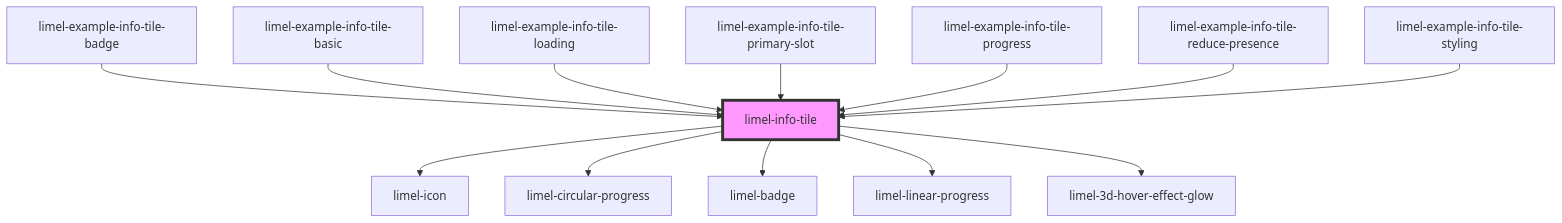
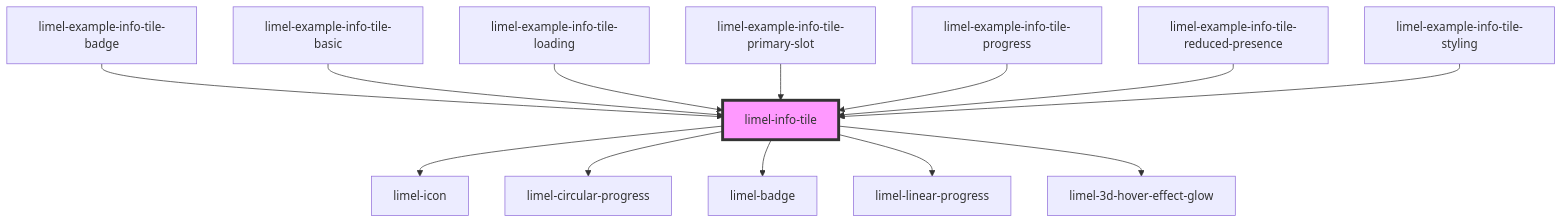
Before and after one commit to Lundalogik/lime-elements: the diagram in versions/PR-4088/markdown-docs/components/info-tile/readme.md, drawn with Mermaid. The commit also changed other lines of this file and 10 other files, not shown here.

````diff
--- a/versions/PR-4088/markdown-docs/components/info-tile/readme.md
+++ b/versions/PR-4088/markdown-docs/components/info-tile/readme.md
@@ -53,16 +53,16 @@
 ```mermaid
 graph TD;
   limel-info-tile --> limel-icon
   limel-info-tile --> limel-circular-progress
   limel-info-tile --> limel-badge
   limel-info-tile --> limel-linear-progress
   limel-info-tile --> limel-3d-hover-effect-glow
   limel-example-info-tile-badge --> limel-info-tile
   limel-example-info-tile-basic --> limel-info-tile
   limel-example-info-tile-loading --> limel-info-tile
   limel-example-info-tile-primary-slot --> limel-info-tile
   limel-example-info-tile-progress --> limel-info-tile
-  limel-example-info-tile-reduce-presence --> limel-info-tile
+  limel-example-info-tile-reduced-presence --> limel-info-tile
   limel-example-info-tile-styling --> limel-info-tile
   style limel-info-tile fill:#f9f,stroke:#333,stroke-width:4px
 ```
````
